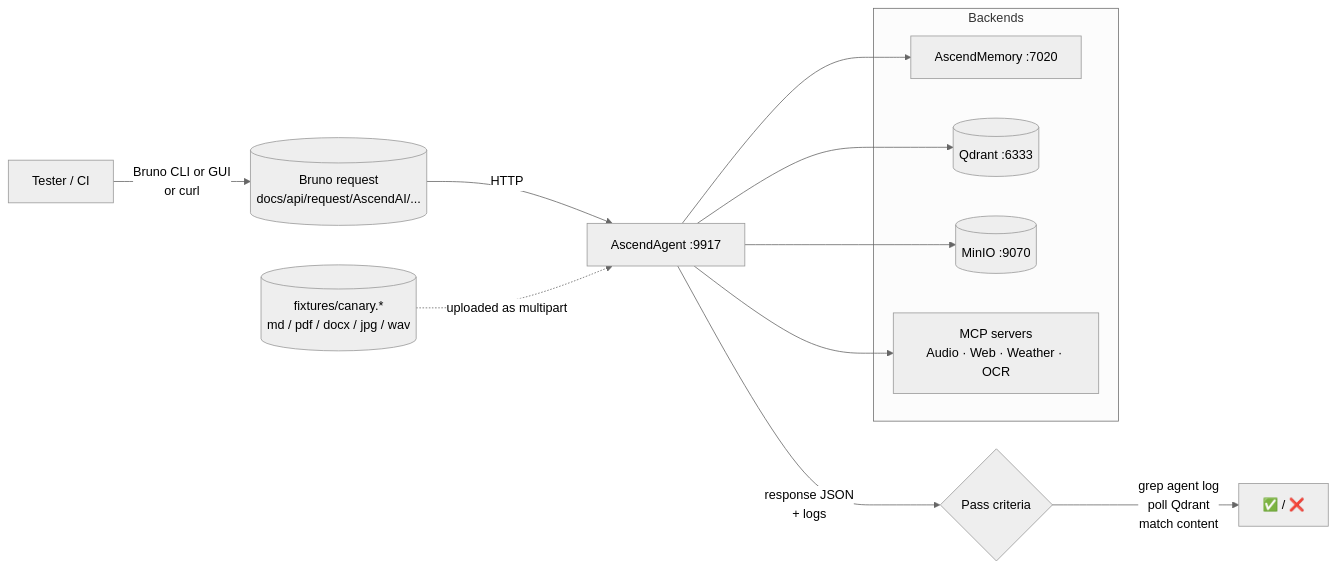
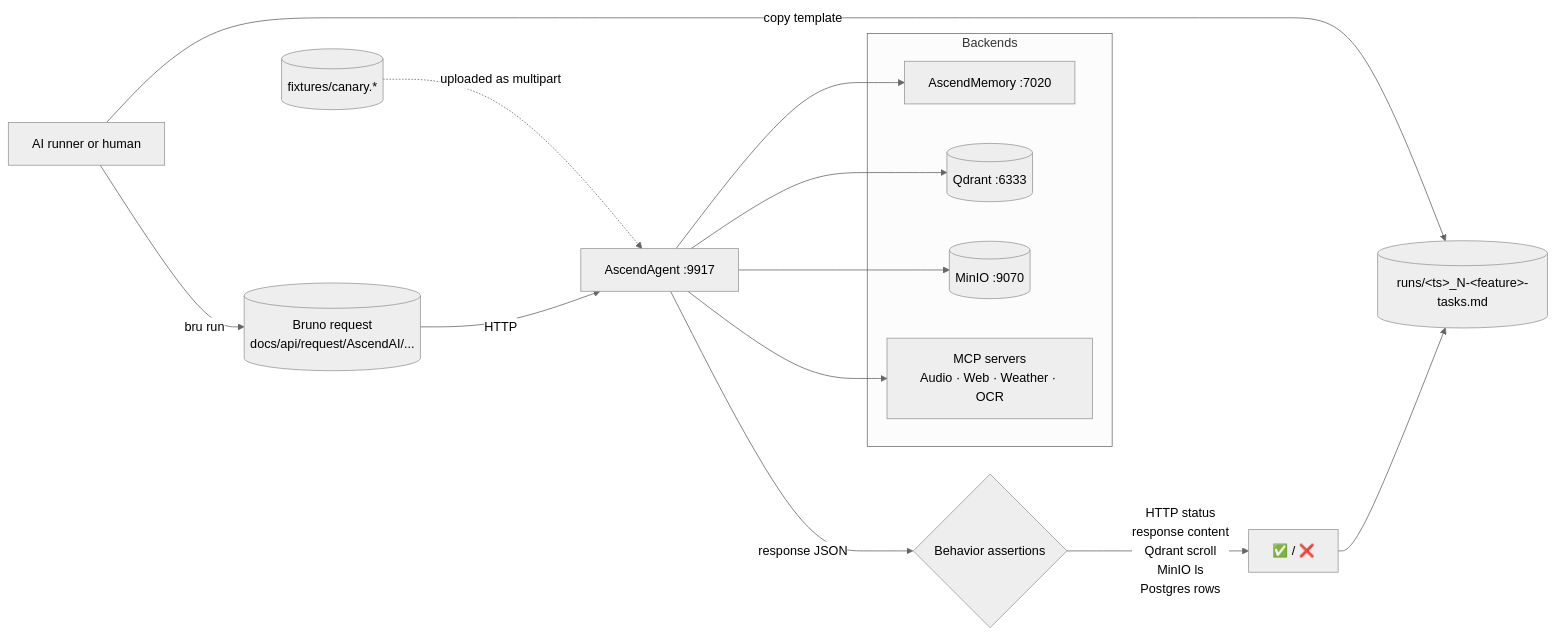
Before and after one commit to Lukk17/AscendAI: the diagram in AscendAgent/e2e/README.md, drawn with Mermaid (neutral theme). The commit also changed other lines of this file and 4 other files, not shown here.

````diff
--- a/AscendAgent/e2e/README.md
+++ b/AscendAgent/e2e/README.md
@@ -30,21 +40,23 @@
 ```mermaid
 flowchart LR
-    Tester[Tester / CI] -->|Bruno CLI or GUI<br/>or curl| Req[(Bruno request<br/>docs/api/request/AscendAI/...)]
+    Runner[AI runner or human] -->|copy template| Record[(runs/&lt;ts&gt;_N-&lt;feature&gt;-tasks.md)]
+    Runner -->|bru run| Req[(Bruno request<br/>docs/api/request/AscendAI/...)]
     Req -->|HTTP| Agent[AscendAgent :9917]
-    Fixture[(fixtures/canary.*<br/>md / pdf / docx / jpg / wav)] -.uploaded as multipart.-> Agent
+    Fixture[(fixtures/canary.*)] -.uploaded as multipart.-> Agent
 
     subgraph Backends
         AM[AscendMemory :7020]
         QD[(Qdrant :6333)]
         S3[(MinIO :9070)]
         MCP[MCP servers<br/>Audio · Web · Weather · OCR]
     end
 
     Agent --> AM
     Agent --> QD
     Agent --> S3
     Agent --> MCP
 
-    Agent -->|response JSON<br/>+ logs| Verify{Pass criteria}
-    Verify -->|grep agent log<br/>poll Qdrant<br/>match content| Result[✅ / ❌]
+    Agent -->|response JSON| Verify{Behavior assertions}
+    Verify -->|HTTP status<br/>response content<br/>Qdrant scroll<br/>MinIO ls<br/>Postgres rows| Result[✅ / ❌]
+    Result --> Record
 ```
````
